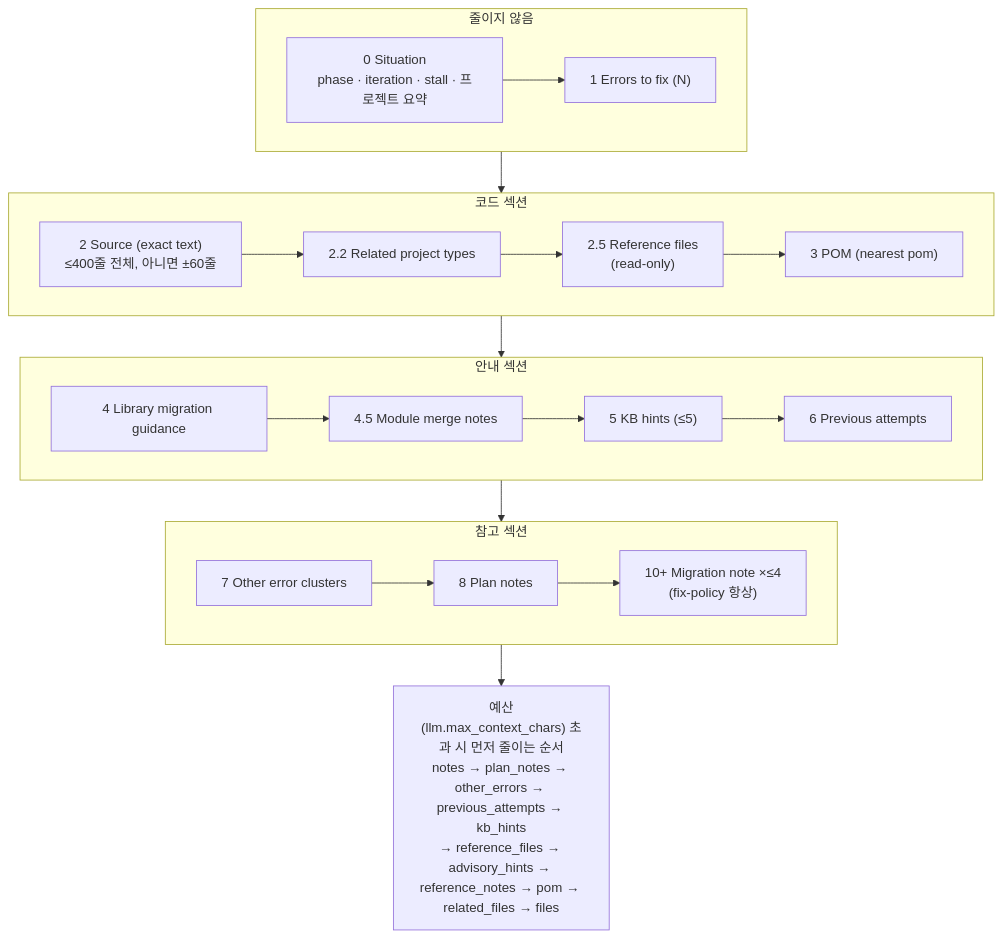
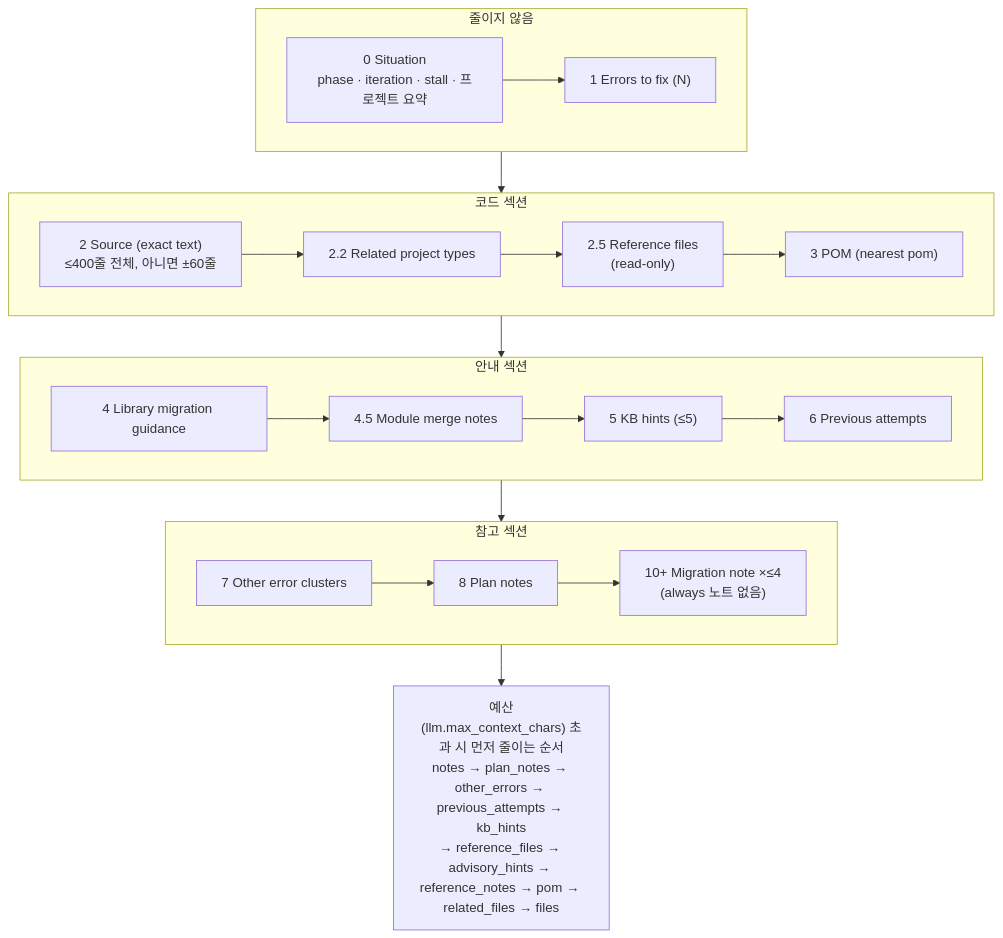
One commit to acandiatale/tutu changed diagram 21 of 33 in docs/migration-agent/README.md. Above: the diagram before and after it, drawn with Mermaid. The commit also changed other lines of this file and 163 other files, not shown here.

````diff
--- a/docs/migration-agent/README.md
+++ b/docs/migration-agent/README.md
@@ -1136,21 +1136,21 @@
 ```mermaid
 flowchart TB
   subgraph keep["줄이지 않음"]
     direction LR
     S0["0 Situation<br/>phase · iteration · stall · 프로젝트 요약"] --> S1["1 Errors to fix (N)"]
   end
   subgraph body1["코드 섹션"]
     direction LR
     S2["2 Source (exact text)<br/>≤400줄 전체, 아니면 ±60줄"] --> S22["2.2 Related project types"] --> S25["2.5 Reference files<br/>(read-only)"] --> S3["3 POM (nearest pom)"]
   end
   subgraph body2["안내 섹션"]
     direction LR
     S4["4 Library migration guidance"] --> S45["4.5 Module merge notes"] --> S5["5 KB hints (≤5)"] --> S6["6 Previous attempts"]
   end
   subgraph body3["참고 섹션"]
     direction LR
-    S7["7 Other error clusters"] --> S8["8 Plan notes"] --> S10["10+ Migration note ×≤4<br/>(fix-policy 항상)"]
+    S7["7 Other error clusters"] --> S8["8 Plan notes"] --> S10["10+ Migration note ×≤4<br/>(always 노트 없음)"]
   end
   keep --> body1 --> body2 --> body3
   body3 --> T["예산(llm.max_context_chars) 초과 시 먼저 줄이는 순서<br/>notes → plan_notes → other_errors → previous_attempts → kb_hints<br/>→ reference_files → advisory_hints → reference_notes → pom → related_files → files"]
 ```
````
